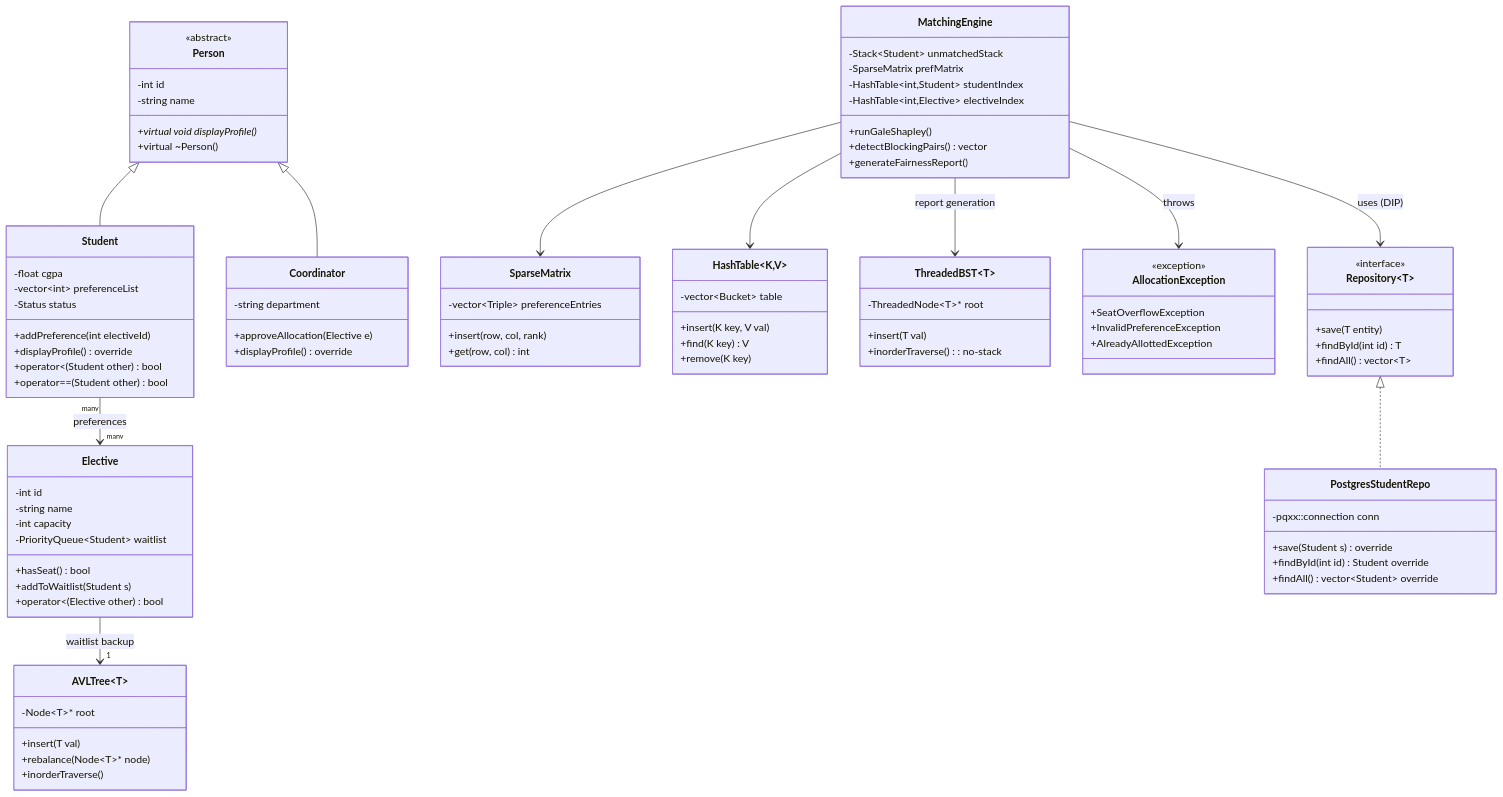
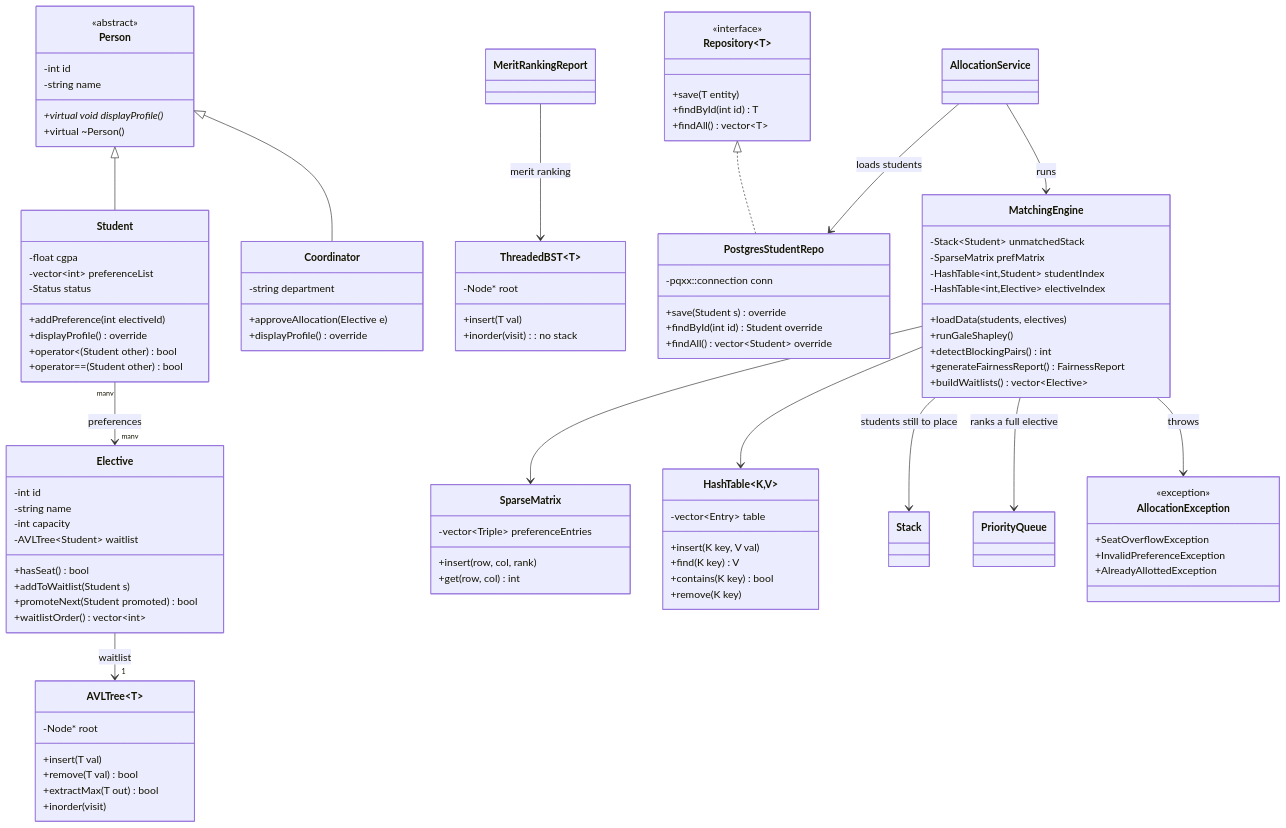
One commit to AnubhavKiroula/AllotMate changed the first of 2 diagrams in docs/00_PROJECT-OVERVIEW-AND-DIAGRAMS.md. Above: the diagram before and after it, drawn with Mermaid. The commit also changed other lines of this file and 2 other files, not shown here.

Commit message:
docs: match design docs to the final code
No Strategy pattern exists, so the README and overview now list the OOP concepts the engine really uses (templates, Rule of 5, exceptions). The class diagram shows Elective's AVL waitlist, the engine's Stack and PriorityQueue, detectBlockingPairs() returning a count, MeritRankingReport using the ThreadedBST and AllocationService running the engine; the engine no longer appears to depend on Repository or ThreadedBST. The SOLID notes describe the real design: the engine takes plain vectors through loadData() and has no database dependency.

````diff
--- a/docs/00_PROJECT-OVERVIEW-AND-DIAGRAMS.md
+++ b/docs/00_PROJECT-OVERVIEW-AND-DIAGRAMS.md
@@ -62,10 +62,11 @@
         -int id
         -string name
         -int capacity
-        -PriorityQueue~Student~ waitlist
+        -AVLTree~Student~ waitlist
         +hasSeat() bool
         +addToWaitlist(Student s)
-        +operator<(Elective other) bool
+        +promoteNext(Student promoted) bool
+        +waitlistOrder() vector~int~
     }
 
     class SparseMatrix {
@@ -75,23 +76,25 @@
     }
 
     class HashTable~K,V~ {
-        -vector~Bucket~ table
+        -vector~Entry~ table
         +insert(K key, V val)
         +find(K key) V
+        +contains(K key) bool
         +remove(K key)
     }
 
     class AVLTree~T~ {
-        -Node~T~* root
+        -Node* root
         +insert(T val)
-        +rebalance(Node~T~* node)
-        +inorderTraverse()
+        +remove(T val) bool
+        +extractMax(T out) bool
+        +inorder(visit)
     }
 
     class ThreadedBST~T~ {
-        -ThreadedNode~T~* root
+        -Node* root
         +insert(T val)
-        +inorderTraverse() : no-stack
+        +inorder(visit) : no stack
     }
 
     class MatchingEngine {
@@ -99,9 +102,11 @@
         -SparseMatrix prefMatrix
         -HashTable~int,Student~ studentIndex
         -HashTable~int,Elective~ electiveIndex
+        +loadData(students, electives)
         +runGaleShapley()
-        +detectBlockingPairs() vector
-        +generateFairnessReport()
+        +detectBlockingPairs() int
+        +generateFairnessReport() FairnessReport
+        +buildWaitlists() vector~Elective~
     }
 
     class AllocationException {
@@ -129,10 +134,13 @@
     Person <|-- Coordinator
     MatchingEngine --> SparseMatrix
     MatchingEngine --> HashTable
+    MatchingEngine --> Stack : students still to place
+    MatchingEngine --> PriorityQueue : ranks a full elective
     MatchingEngine --> AllocationException : throws
-    Elective --> "1" AVLTree : waitlist backup
-    MatchingEngine --> ThreadedBST : report generation
+    Elective --> "1" AVLTree : waitlist
+    MeritRankingReport --> ThreadedBST : merit ranking
     Repository <|.. PostgresStudentRepo
-    MatchingEngine --> Repository : uses (DIP)
+    AllocationService --> PostgresStudentRepo : loads students
+    AllocationService --> MatchingEngine : runs
     Student "many" --> "many" Elective : preferences
 ```
````
